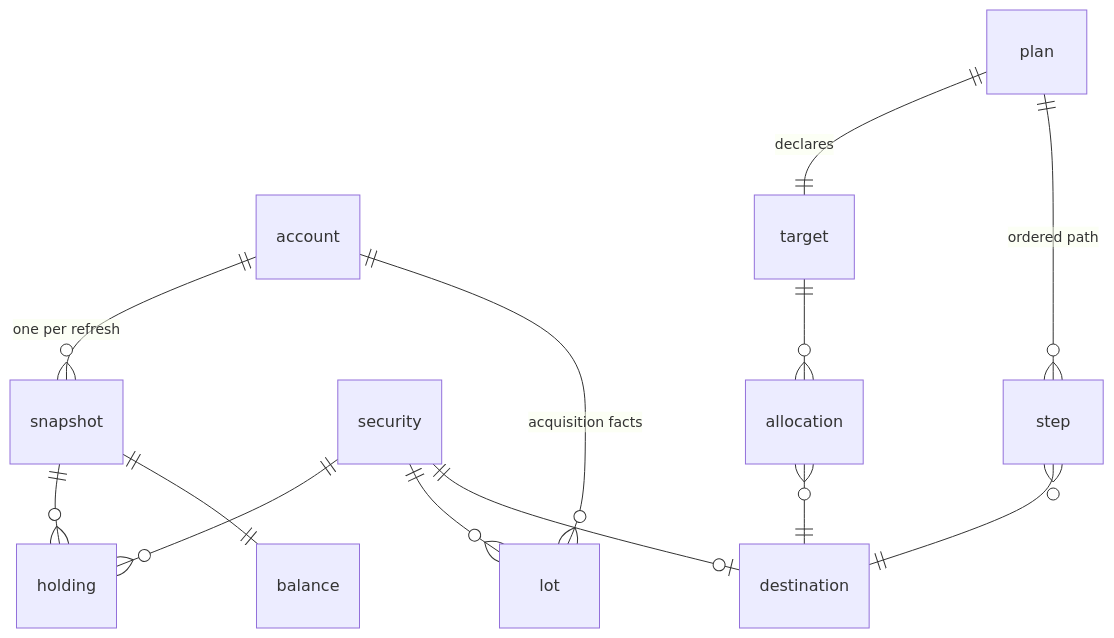
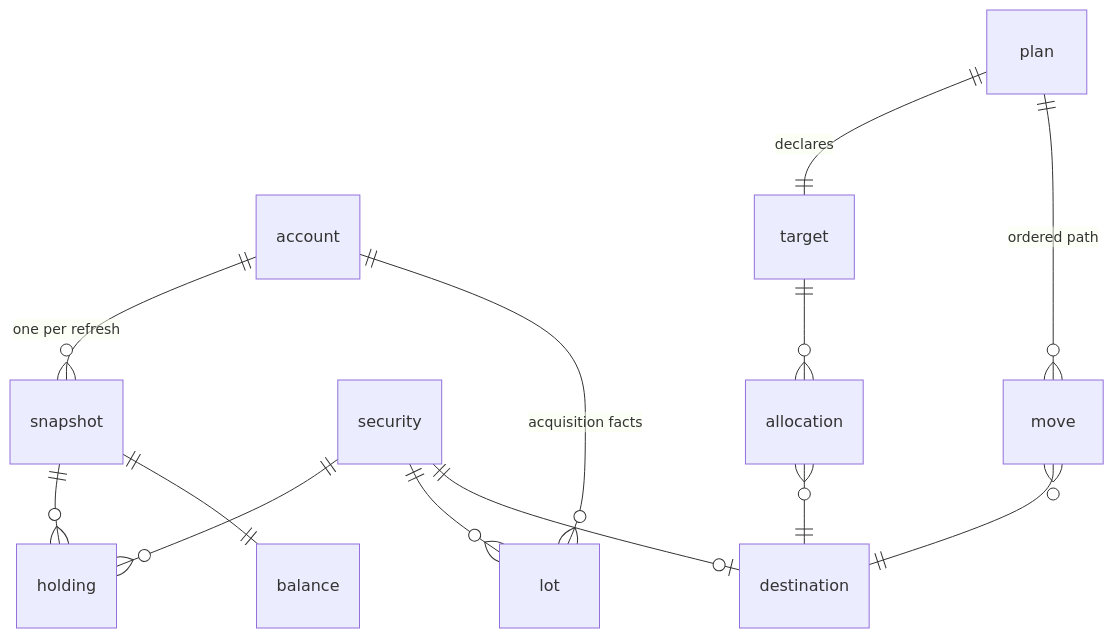
The diagram in apps/investment-portfolio-service/README.md (Heisler-Studio/foundry), drawn with Mermaid before and after one commit. The commit also changed other lines of this file and 10 other files, not shown here.

First line of the commit message:
Rename step to move

````diff
--- a/apps/investment-portfolio-service/README.md
+++ b/apps/investment-portfolio-service/README.md
@@ -19,15 +19,15 @@
 ```mermaid
 erDiagram
     account    ||--o{ snapshot    : "one per refresh"
     account    ||--o{ lot         : "acquisition facts"
     snapshot   ||--o{ holding     : ""
     snapshot   ||--|| balance     : ""
     security   ||--o{ holding     : ""
     security   ||--o{ lot         : ""
     security   ||--o| destination : ""
     plan       ||--|| target      : declares
-    plan       ||--o{ step        : "ordered path"
+    plan       ||--o{ move        : "ordered path"
     target     ||--o{ allocation  : ""
     allocation }o--|| destination : ""
-    step       }o--|| destination : ""
+    move       }o--|| destination : ""
 ```
````
